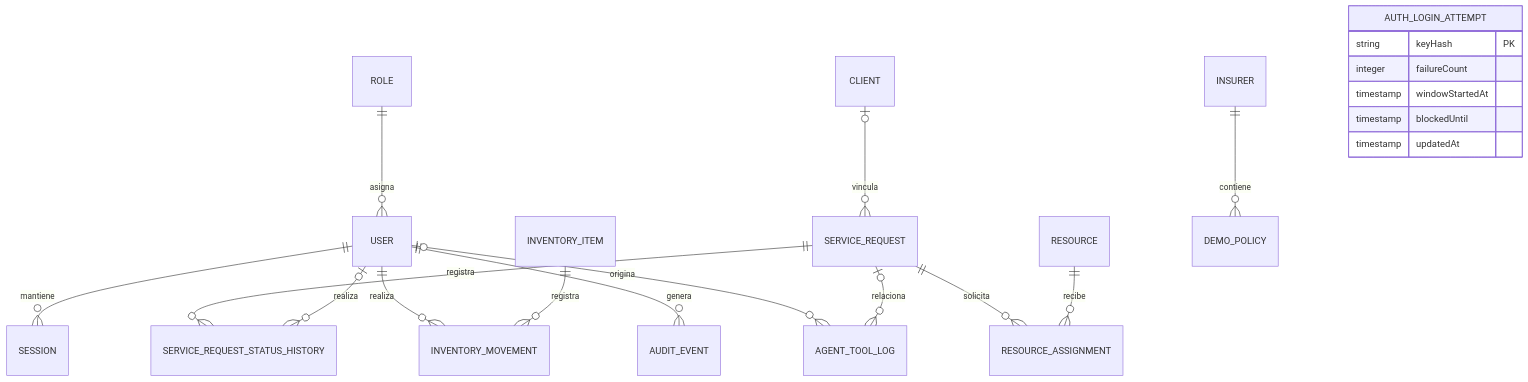
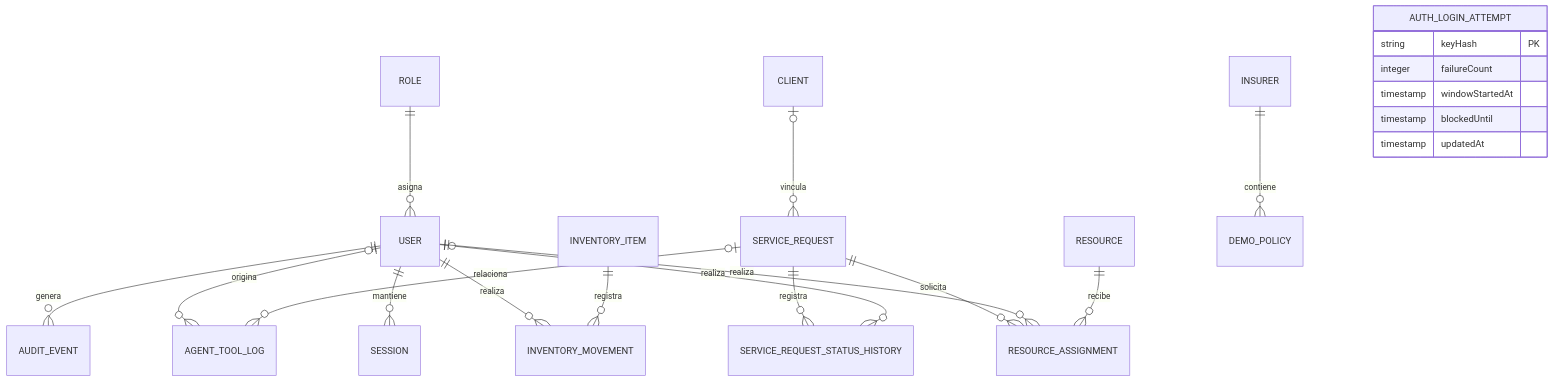
The diagram in docs/MODELO_DATOS.md (ThxtToo/serena-gestion-funeraria), drawn with Mermaid before and after one commit. The commit also changed other lines of this file, not shown here.

````diff
--- a/docs/MODELO_DATOS.md
+++ b/docs/MODELO_DATOS.md
@@ -372,23 +403,24 @@
 ```mermaid
 erDiagram
     ROLE ||--o{ USER : asigna
     USER ||--o{ SESSION : mantiene
     CLIENT o|--o{ SERVICE_REQUEST : vincula
     SERVICE_REQUEST ||--o{ SERVICE_REQUEST_STATUS_HISTORY : registra
     USER o|--o{ SERVICE_REQUEST_STATUS_HISTORY : realiza
     USER ||--o{ INVENTORY_MOVEMENT : realiza
     INVENTORY_ITEM ||--o{ INVENTORY_MOVEMENT : registra
     SERVICE_REQUEST ||--o{ RESOURCE_ASSIGNMENT : solicita
+    USER ||--o{ RESOURCE_ASSIGNMENT : realiza
     RESOURCE ||--o{ RESOURCE_ASSIGNMENT : recibe
     USER ||--o{ AUDIT_EVENT : genera
     USER o|--o{ AGENT_TOOL_LOG : origina
     SERVICE_REQUEST o|--o{ AGENT_TOOL_LOG : relaciona
     INSURER ||--o{ DEMO_POLICY : contiene
     AUTH_LOGIN_ATTEMPT {
         string keyHash PK
         integer failureCount
         timestamp windowStartedAt
         timestamp blockedUntil
         timestamp updatedAt
     }
 ```
````
